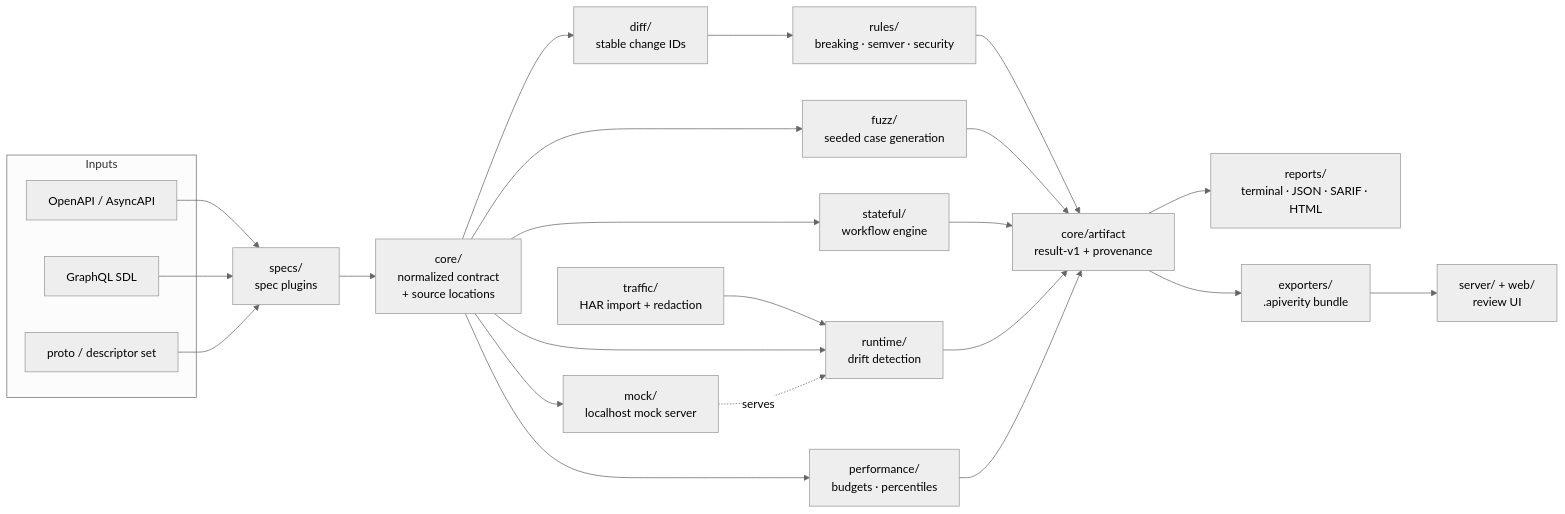
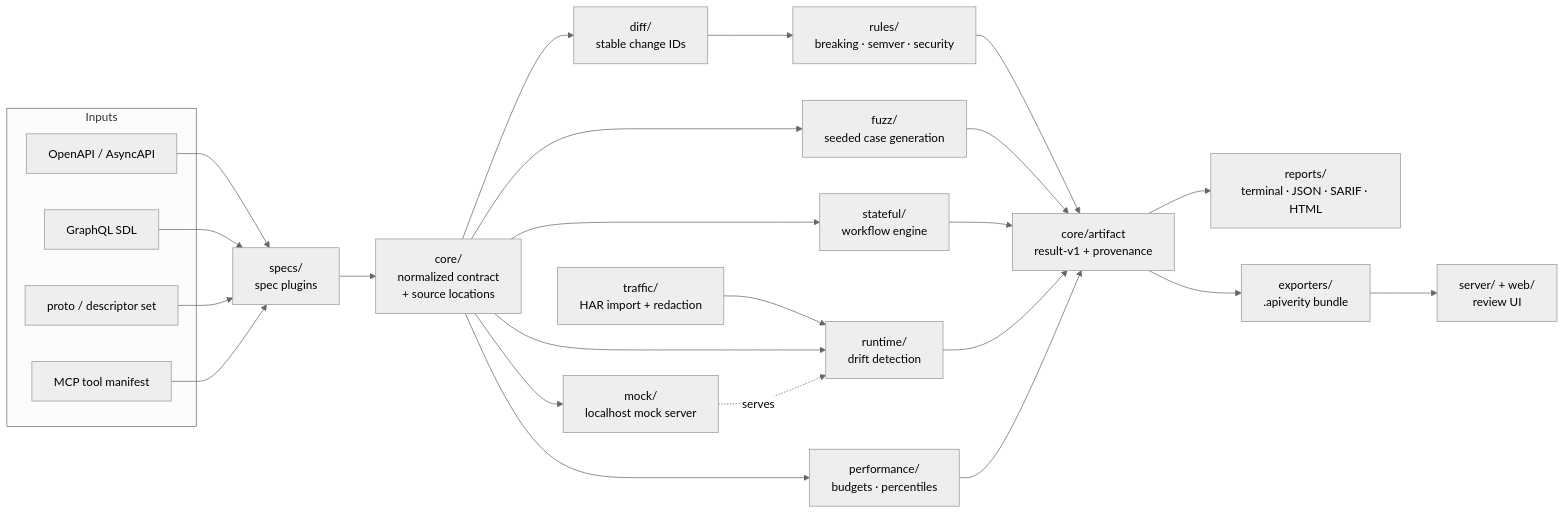
Before and after one commit to webdevsamran/api-verity-lab: the diagram in README.md, drawn with Mermaid (neutral theme). The commit also changed other lines of this file and 24 other files, not shown here.

````diff
--- a/README.md
+++ b/README.md
@@ -223,37 +223,39 @@
 ```mermaid
 flowchart LR
     subgraph inputs [Inputs]
         OAS[OpenAPI / AsyncAPI]
         GQL[GraphQL SDL]
         PROTO[proto / descriptor set]
+        MCP[MCP tool manifest]
     end
 
     SPECS[specs/<br/>spec plugins]
     CORE[core/<br/>normalized contract<br/>+ source locations]
 
     OAS --> SPECS
     GQL --> SPECS
     PROTO --> SPECS
+    MCP --> SPECS
     SPECS --> CORE
 
     CORE --> DIFF[diff/<br/>stable change IDs]
     CORE --> FUZZ[fuzz/<br/>seeded case generation]
     CORE --> STATEFUL[stateful/<br/>workflow engine]
     CORE --> MOCK[mock/<br/>localhost mock server]
     DIFF --> RULES[rules/<br/>breaking · semver · security]
 
     TRAFFIC[traffic/<br/>HAR import + redaction] --> RUNTIME[runtime/<br/>drift detection]
     CORE --> RUNTIME
     MOCK -.serves.-> RUNTIME
     CORE --> PERF[performance/<br/>budgets · percentiles]
 
     RULES --> ART[core/artifact<br/>result-v1 + provenance]
     FUZZ --> ART
     STATEFUL --> ART
     RUNTIME --> ART
     PERF --> ART
 
     ART --> REPORTS[reports/<br/>terminal · JSON · SARIF · HTML]
     ART --> EXPORT[exporters/<br/>.apiverity bundle]
     EXPORT --> SERVER[server/ + web/<br/>review UI]
 ```
````
